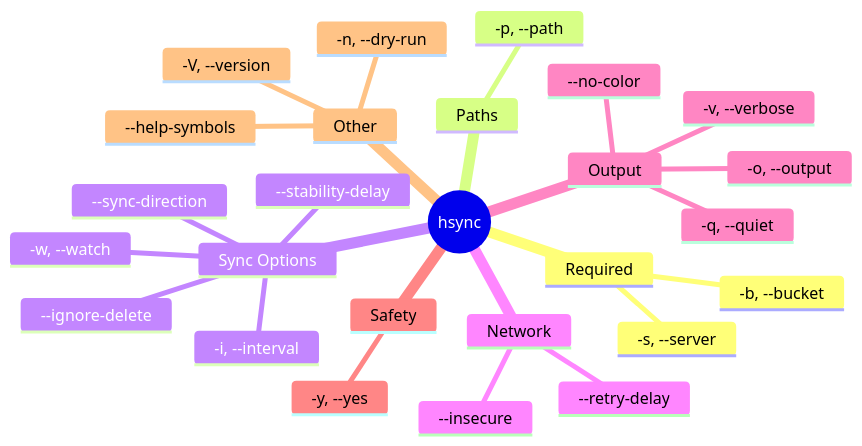
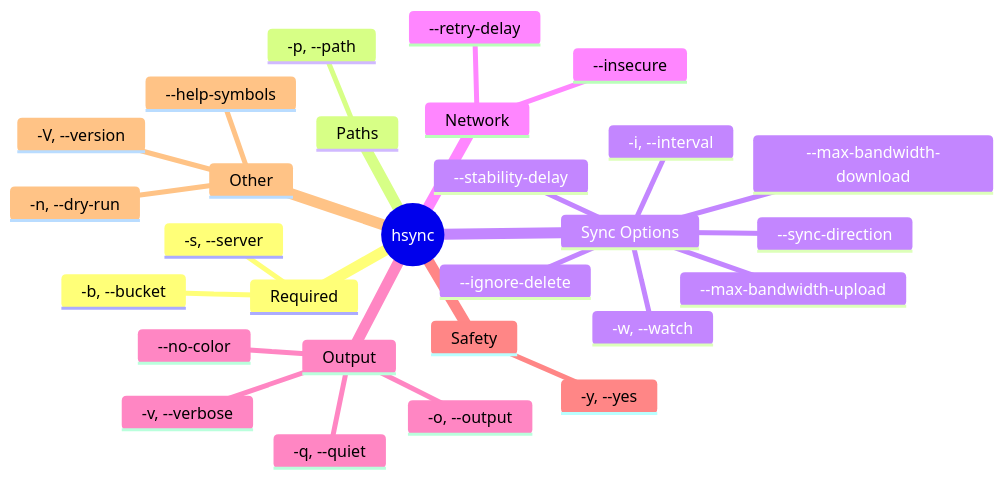
One commit to albertsdk/hsync-client changed the second of 9 diagrams in docs/usage.md. Above: the diagram before and after it, drawn with Mermaid. The commit also changed other lines of this file and 3 other files, not shown here.

````diff
--- a/docs/usage.md
+++ b/docs/usage.md
@@ -39,29 +39,31 @@
 ```mermaid
 mindmap
   root((hsync))
     Required
       -s, --server
       -b, --bucket
     Paths
       -p, --path
     Sync Options
       -w, --watch
       -i, --interval
       --stability-delay
       --sync-direction
       --ignore-delete
+      --max-bandwidth-upload
+      --max-bandwidth-download
     Network
       --retry-delay
       --insecure
     Output
       -v, --verbose
       -q, --quiet
       -o, --output
       --no-color
     Safety
       -y, --yes
     Other
       -n, --dry-run
       -V, --version
       --help-symbols
 ```
````
